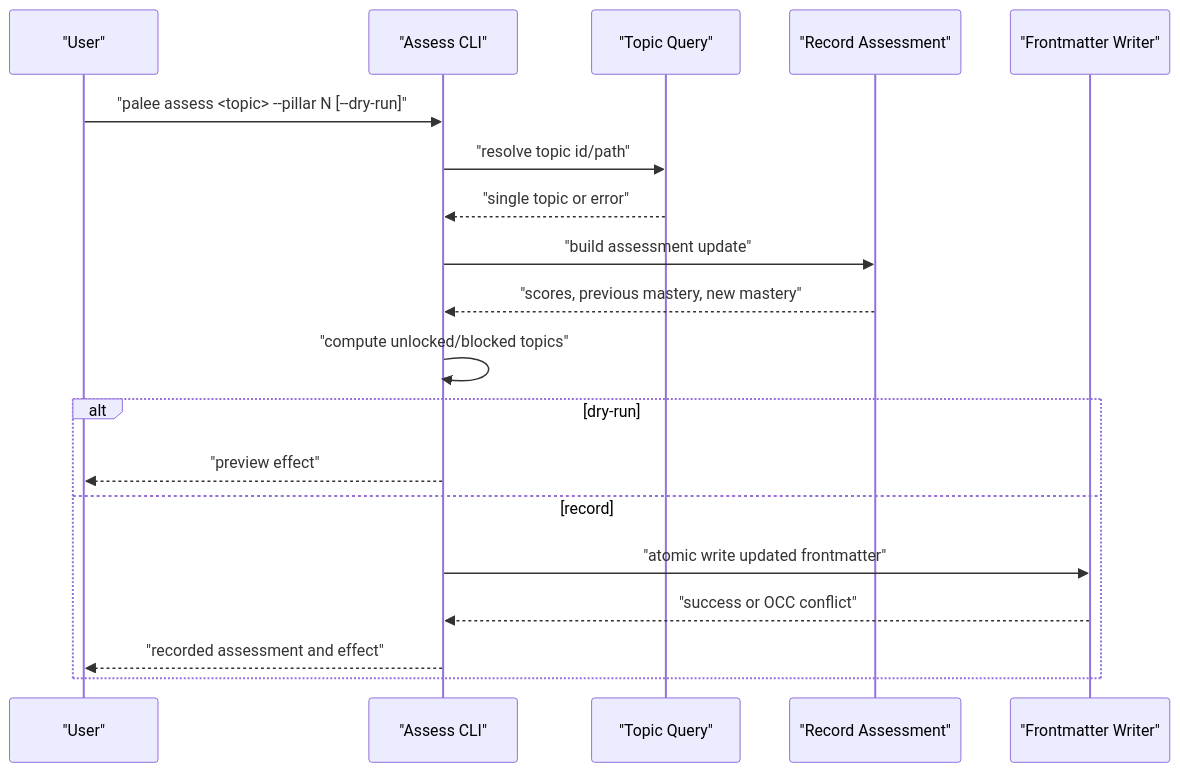
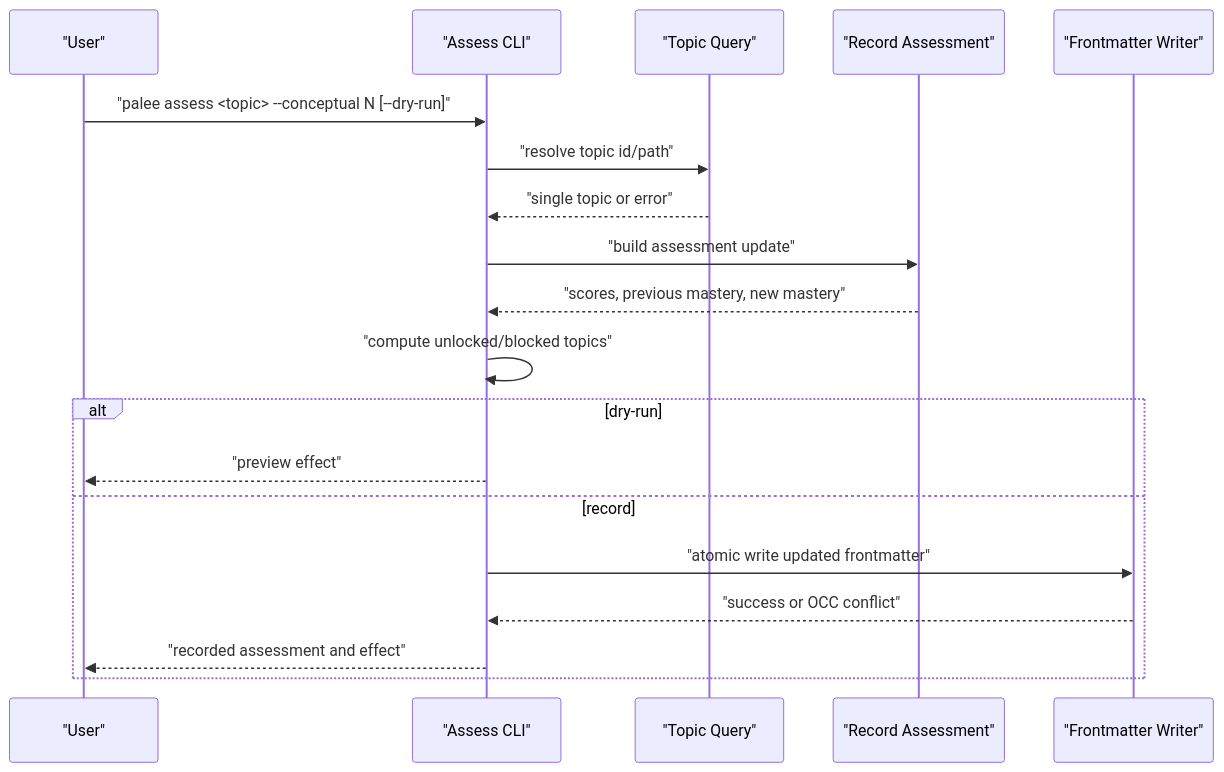
The third of 7 diagrams in User Guide/Topic Management/Topic Management.md (Kuldeep2822k/palee-architecture), drawn with Mermaid before and after one commit. The commit also changed other lines of this file and 5 other files, not shown here.

Commit message:
docs(topic-management): rewrite Adopt Commands page from the real CLI surface

````diff
--- a/User Guide/Topic Management/Topic Management.md
+++ b/User Guide/Topic Management/Topic Management.md
@@ -155,22 +157,22 @@
 ```mermaid
 sequenceDiagram
     participant User as "User"
     participant CLI_Assess as "Assess CLI"
     participant Query as "Topic Query"
     participant App as "Record Assessment"
     participant Storage as "Frontmatter Writer"
 
-    User->>CLI_Assess: "palee assess <topic> --pillar N [--dry-run]"
+    User->>CLI_Assess: "palee assess <topic> --conceptual N [--dry-run]"
     CLI_Assess->>Query: "resolve topic id/path"
     Query-->>CLI_Assess: "single topic or error"
     CLI_Assess->>App: "build assessment update"
     App-->>CLI_Assess: "scores, previous mastery, new mastery"
     CLI_Assess->>CLI_Assess: "compute unlocked/blocked topics"
     alt dry-run
       CLI_Assess-->>User: "preview effect"
     else record
       CLI_Assess->>Storage: "atomic write updated frontmatter"
       Storage-->>CLI_Assess: "success or OCC conflict"
       CLI_Assess-->>User: "recorded assessment and effect"
     end
 ```
````
